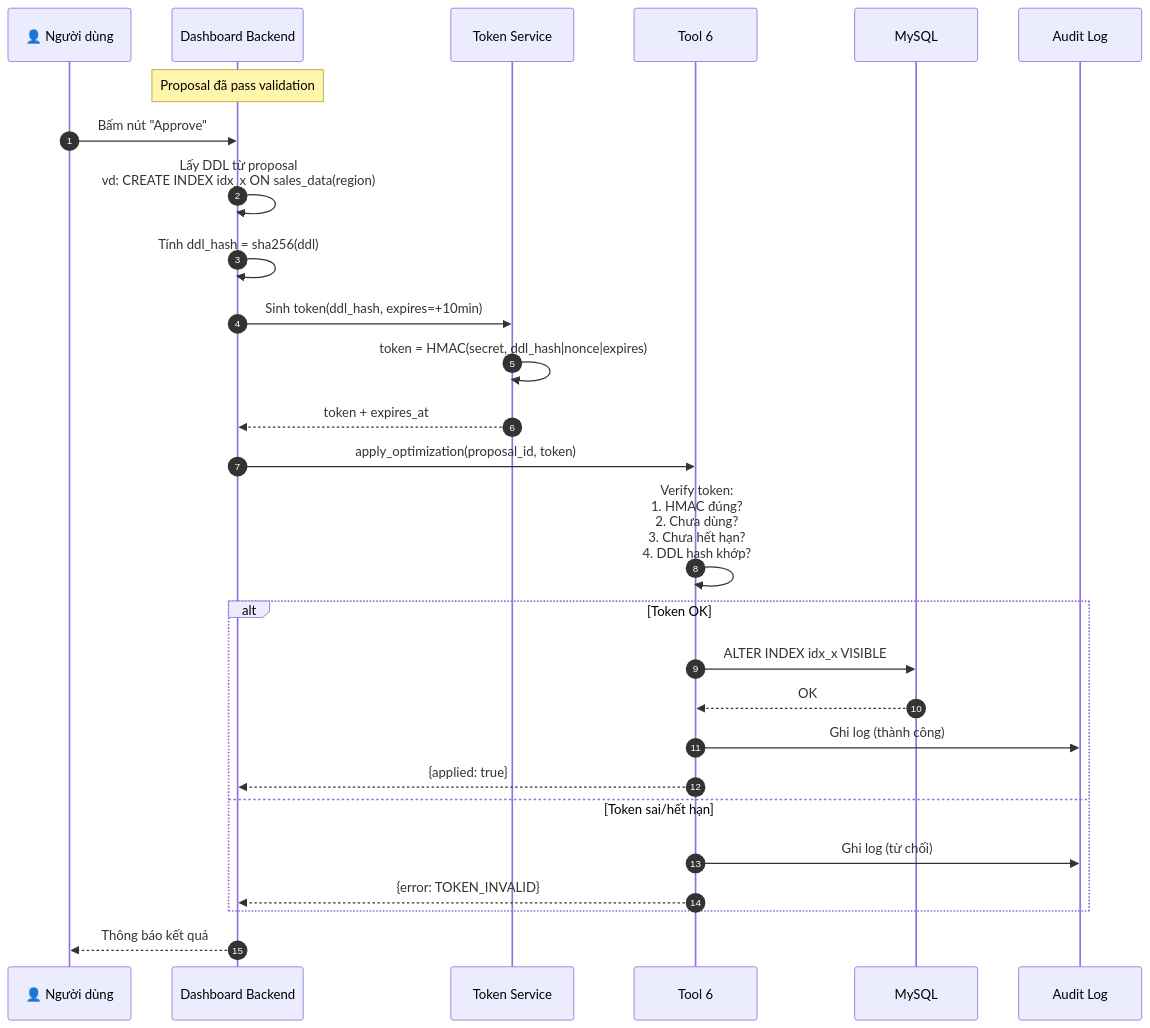
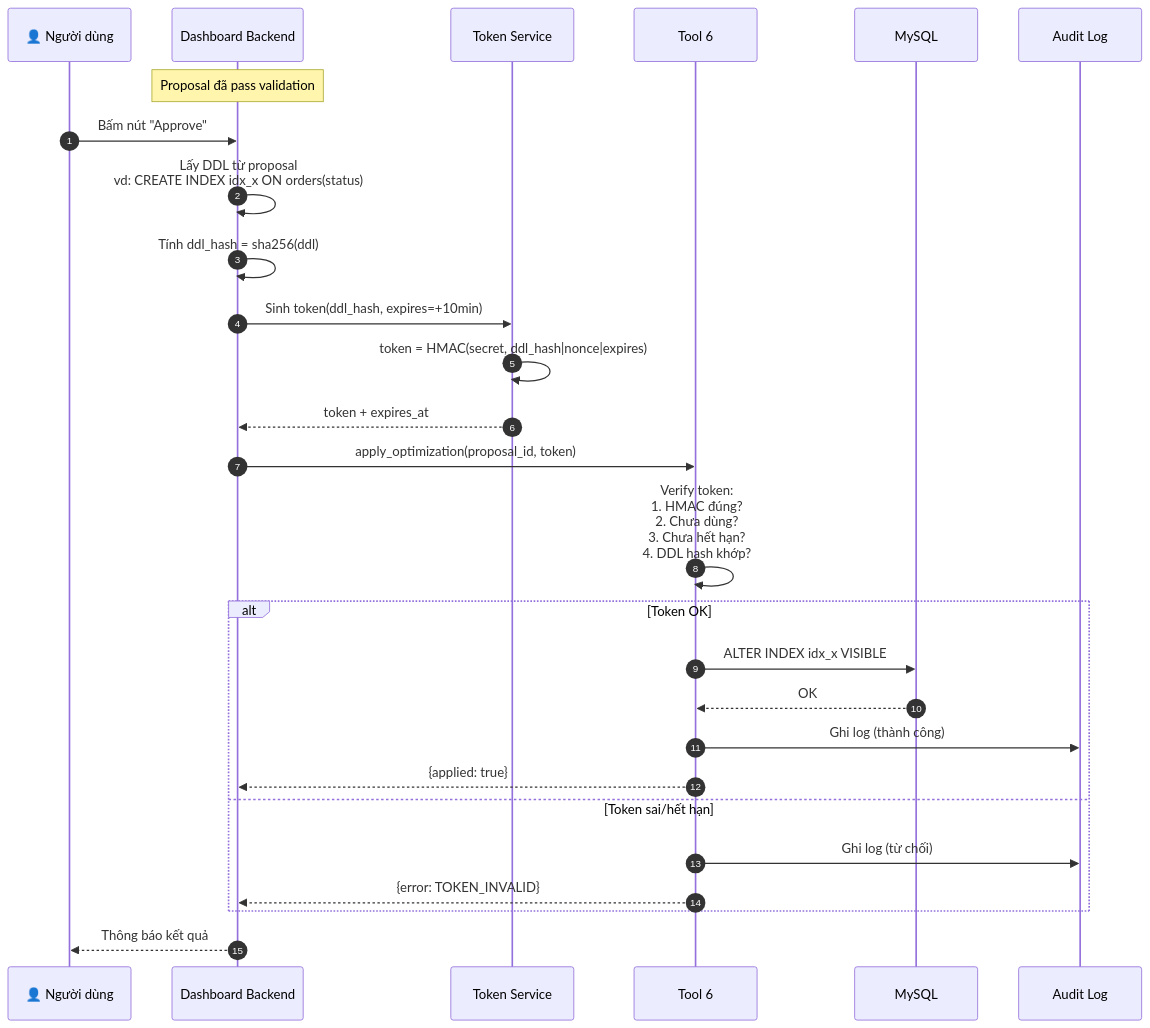
The fourth of 8 diagrams in docs/architecture.md (lam-vu6868/mcp-slowquery-optimizer), drawn with Mermaid before and after one commit. The commit also changed other lines of this file and 15 other files, not shown here.

````diff
--- a/docs/architecture.md
+++ b/docs/architecture.md
@@ -308,30 +312,30 @@
 ```mermaid
 sequenceDiagram
     autonumber
     participant U as 👤 Người dùng
     participant D as Dashboard Backend
     participant S as Token Service
     participant T6 as Tool 6
     participant DB as MySQL
     participant A as Audit Log
 
     Note over D: Proposal đã pass validation
     U->>D: Bấm nút "Approve"
-    D->>D: Lấy DDL từ proposal<br/>vd: CREATE INDEX idx_x ON sales_data(region)
+    D->>D: Lấy DDL từ proposal<br/>vd: CREATE INDEX idx_x ON orders(status)
     D->>D: Tính ddl_hash = sha256(ddl)
     D->>S: Sinh token(ddl_hash, expires=+10min)
     S->>S: token = HMAC(secret, ddl_hash|nonce|expires)
     S-->>D: token + expires_at
     D->>T6: apply_optimization(proposal_id, token)
     T6->>T6: Verify token:<br/>1. HMAC đúng?<br/>2. Chưa dùng?<br/>3. Chưa hết hạn?<br/>4. DDL hash khớp?
     alt Token OK
         T6->>DB: ALTER INDEX idx_x VISIBLE
         DB-->>T6: OK
         T6->>A: Ghi log (thành công)
         T6-->>D: {applied: true}
     else Token sai/hết hạn
         T6->>A: Ghi log (từ chối)
         T6-->>D: {error: TOKEN_INVALID}
     end
     D-->>U: Thông báo kết quả
 ```
````
